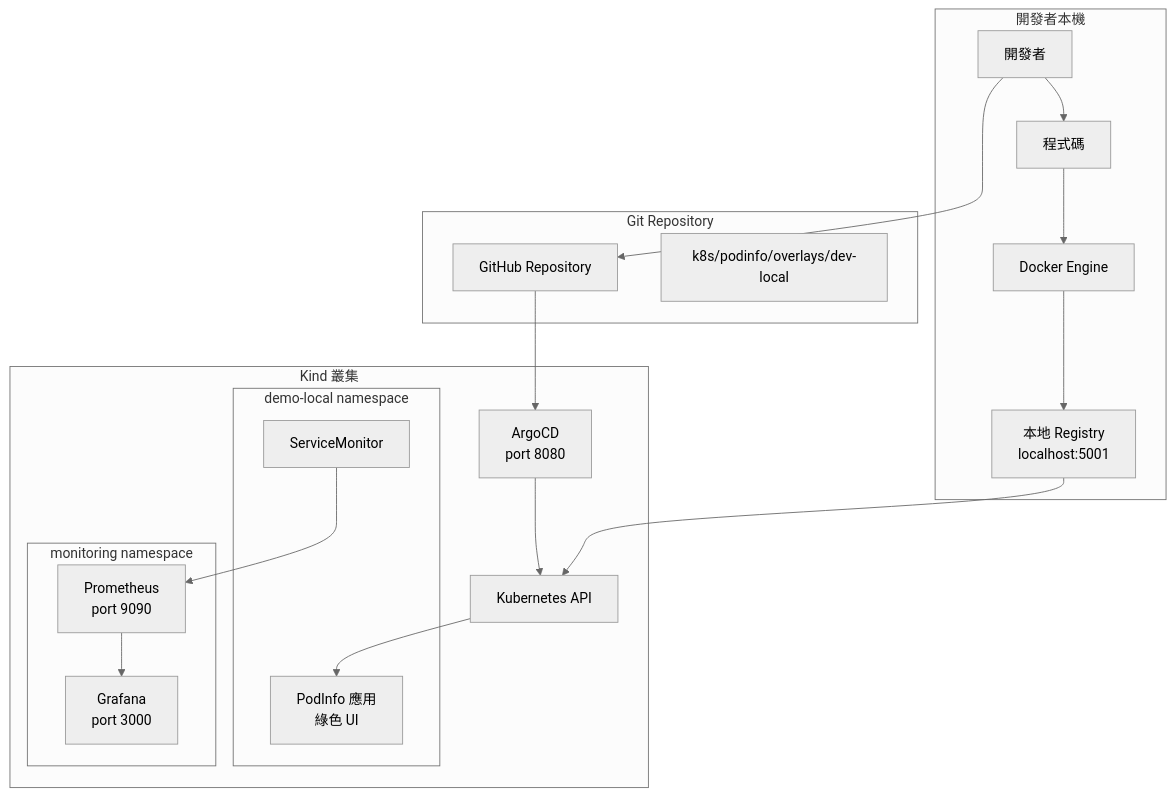
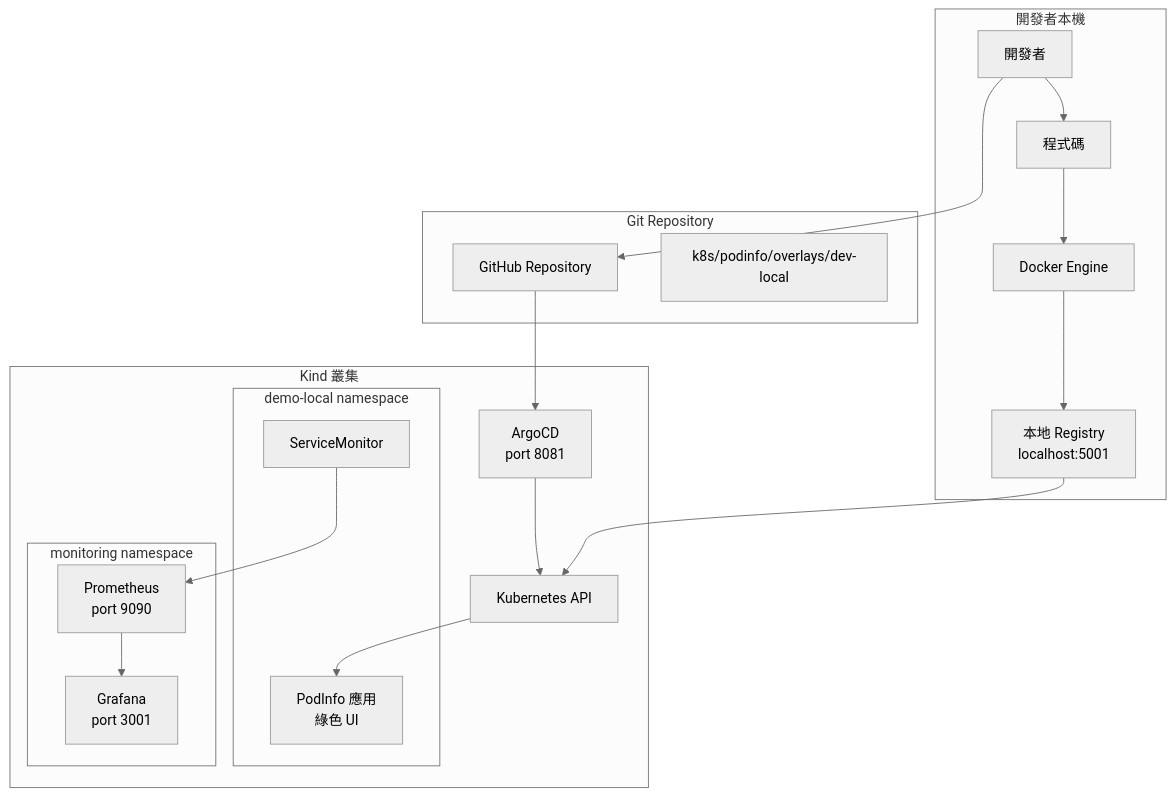
The first of 2 diagrams in docs/LOCAL_WORKFLOW_GUIDE.md (liu-chun-wu/k8s-Gitops-Prometheus-Grafana), drawn with Mermaid (neutral theme) before and after one commit. The commit also changed other lines of this file and 4 other files, not shown here.

Commit message:
fix: update configurations for proper port settings and Grafana dashboards

````diff
--- a/docs/LOCAL_WORKFLOW_GUIDE.md
+++ b/docs/LOCAL_WORKFLOW_GUIDE.md
@@ -32,42 +32,42 @@
 ```mermaid
 graph TB
     subgraph "開發者本機"
         Dev[開發者]
         Code[程式碼]
         Docker[Docker Engine]
         Registry[本地 Registry<br/>localhost:5001]
     end
     
     subgraph "Kind 叢集"
-        ArgoCD[ArgoCD<br/>port 8080]
+        ArgoCD[ArgoCD<br/>port 8081]
         K8s[Kubernetes API]
         
         subgraph "demo-local namespace"
             PodInfo[PodInfo 應用<br/>綠色 UI]
             SvcMon[ServiceMonitor]
         end
         
         subgraph "monitoring namespace"
             Prom[Prometheus<br/>port 9090]
-            Graf[Grafana<br/>port 3000]
+            Graf[Grafana<br/>port 3001]
         end
     end
     
     subgraph "Git Repository"
         GitRepo[GitHub Repository]
         Kustomize[k8s/podinfo/overlays/dev-local]
     end
     
     Dev --> Code
     Code --> Docker
     Docker --> Registry
     Registry --> K8s
     
     Dev --> GitRepo
     GitRepo --> ArgoCD
     ArgoCD --> K8s
     K8s --> PodInfo
     
     SvcMon --> Prom
     Prom --> Graf
 ```
````
